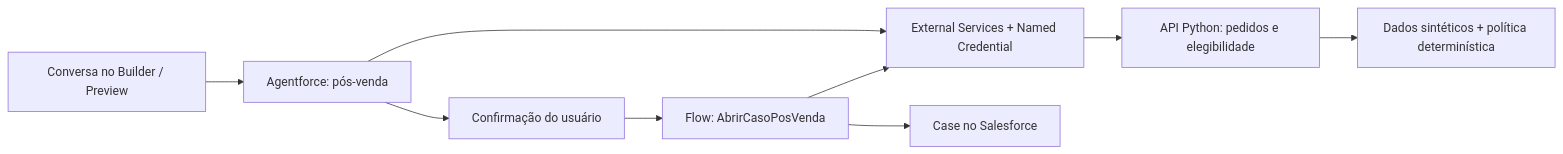
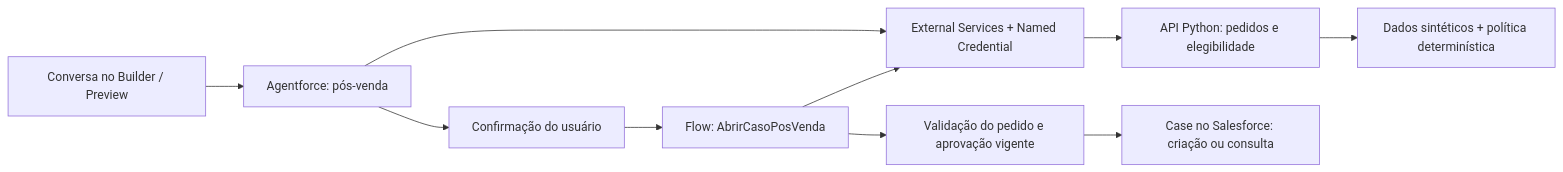
Before and after one commit to brunovicco/aurora-agentforce: the diagram in README.md, drawn with Mermaid. The commit also changed other lines of this file, not shown here.

Commit message:
docs: document verified Salesforce milestone and remaining security gaps

````diff
--- a/README.md
+++ b/README.md
@@ -14,11 +23,12 @@
 ```mermaid
 flowchart LR
     U[Conversa no Builder / Preview] --> A[Agentforce: pós-venda]
     A --> E[External Services + Named Credential]
     E --> P[API Python: pedidos e elegibilidade]
     P --> D[Dados sintéticos + política determinística]
     A --> C[Confirmação do usuário]
     C --> F[Flow: AbrirCasoPosVenda]
-    F --> S[Case no Salesforce]
+    F --> V[Validação do pedido e aprovação vigente]
+    V --> S[Case no Salesforce: criação ou consulta]
     F --> E
 ```
````
